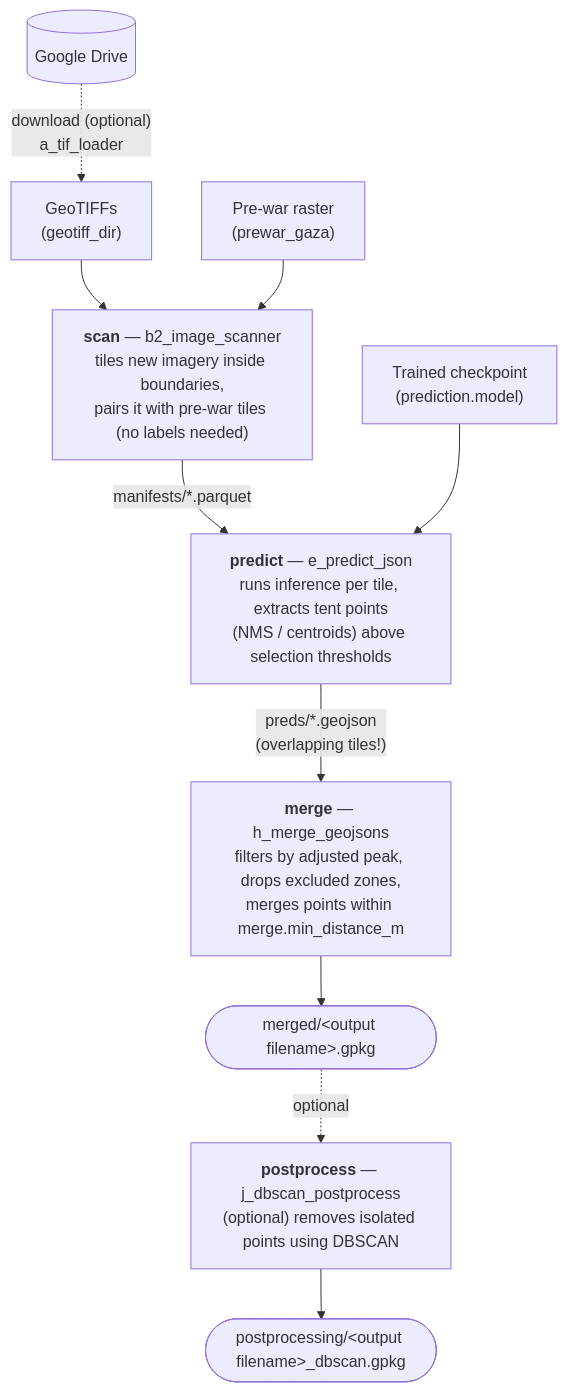
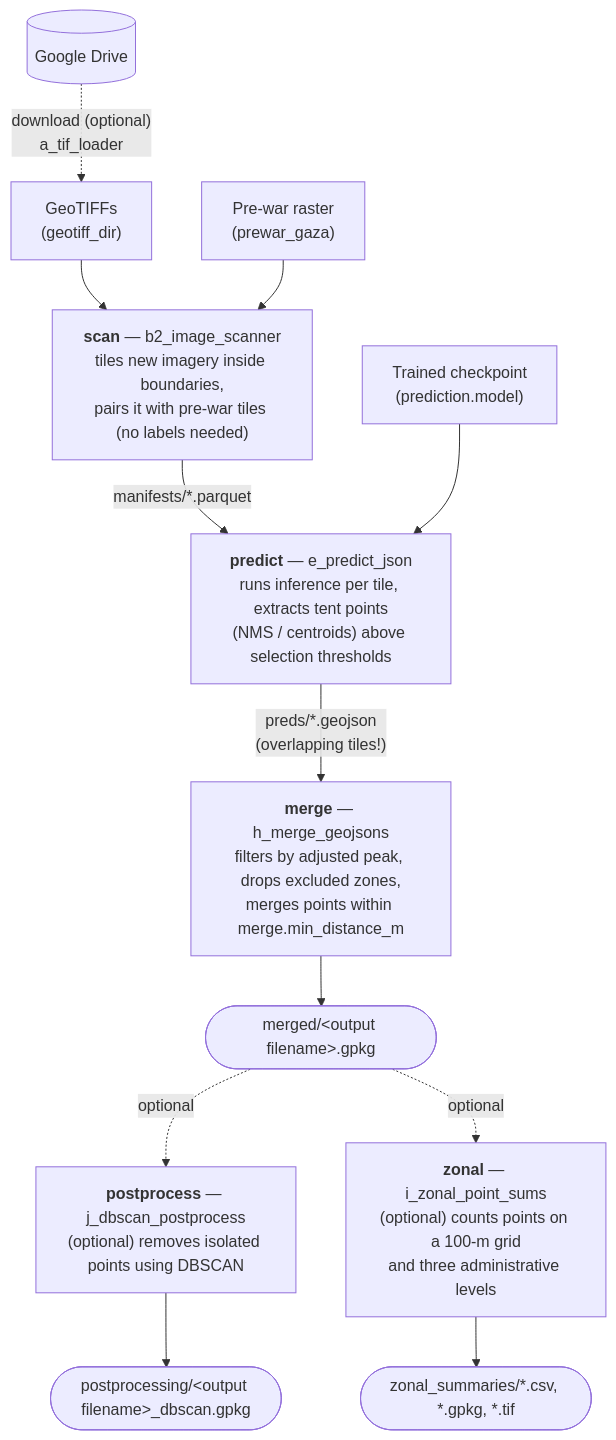
Before and after one commit to realgoodresearch/TentNetFA: the second of 2 diagrams in README.md, drawn with Mermaid. The commit also changed other lines of this file and 7 other files, not shown here.

Commit message:
Add zonal summaries to pipeline UI

````diff
--- a/README.md
+++ b/README.md
@@ -110,22 +110,25 @@
 ```mermaid
 flowchart TB
     drive[("Google Drive")]
     tifs["GeoTIFFs<br/>(geotiff_dir)"]
     prewar["Pre-war raster<br/>(prewar_gaza)"]
     ckpt["Trained checkpoint<br/>(prediction.model)"]
     scan["<b>scan</b> — b2_image_scanner<br/>tiles new imagery inside boundaries,<br/>pairs it with pre-war tiles (no labels needed)"]
     predict["<b>predict</b> — e_predict_json<br/>runs inference per tile, extracts tent points<br/>(NMS / centroids) above selection thresholds"]
     merge["<b>merge</b> — h_merge_geojsons<br/>filters by adjusted peak, drops excluded zones,<br/>merges points within merge.min_distance_m"]
     out(["merged/&lt;output filename&gt;.gpkg"])
     dbscan["<b>postprocess</b> — j_dbscan_postprocess<br/>(optional) removes isolated points using DBSCAN"]
     cleaned(["postprocessing/&lt;output filename&gt;_dbscan.gpkg"])
+    zonal["<b>zonal</b> — i_zonal_point_sums<br/>(optional) counts points on a 100-m grid<br/>and three administrative levels"]
+    summaries(["zonal_summaries/*.csv, *.gpkg, *.tif"])
 
     drive -. "download (optional)<br/>a_tif_loader" .-> tifs
     tifs --> scan
     prewar --> scan
     scan -- "manifests/*.parquet" --> predict
     ckpt --> predict
     predict -- "preds/*.geojson<br/>(overlapping tiles!)" --> merge
     merge --> out
     out -. "optional" .-> dbscan --> cleaned
+    out -. "optional" .-> zonal --> summaries
 ```
````
